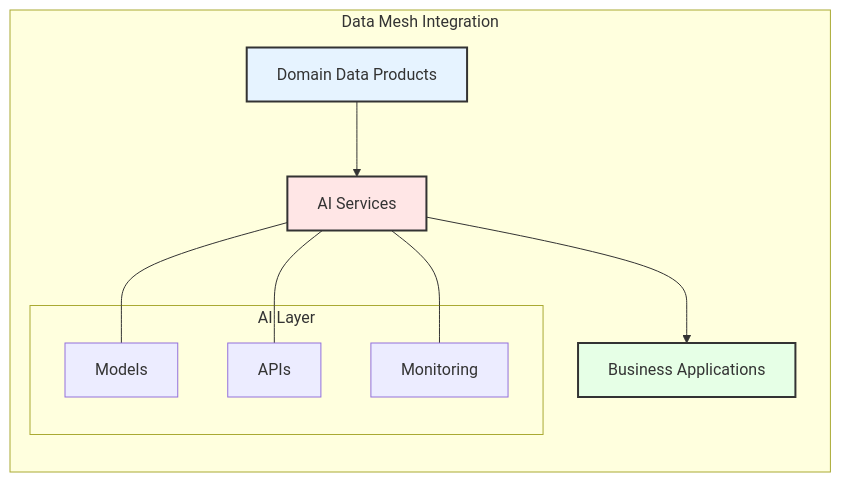
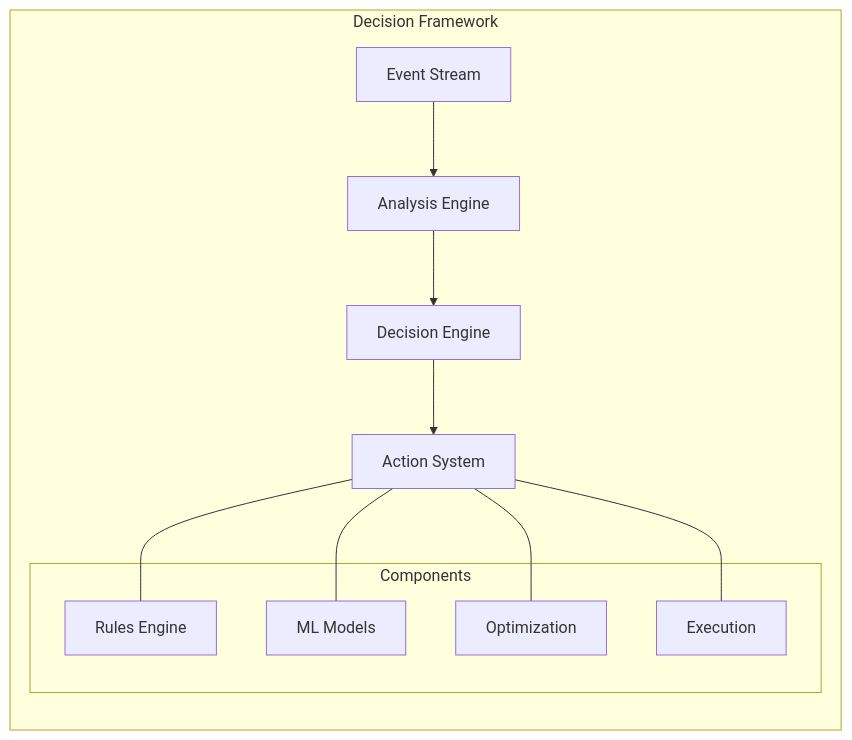
Before and after one commit to data-octo/agentic_ai_research: the fourth of 7 diagrams in enterprise_data_architecture/chapters/05_agentic_ai.md, drawn with Mermaid. The commit also changed other lines of this file and 11 other files, not shown here.

````diff
--- a/enterprise_data_architecture/chapters/05_agentic_ai.md
+++ b/enterprise_data_architecture/chapters/05_agentic_ai.md
@@ -135,21 +133,20 @@
 ```mermaid
 graph LR
-    subgraph "Data Mesh Integration"
-        A[Domain Data Products] --> B[AI Services]
-        B --> C[Business Applications]
+    subgraph "Decision Framework"
+        A[Event Stream] --> B[Analysis Engine]
+        B --> C[Decision Engine]
+        C --> D[Action System]
         
-        subgraph "AI Layer"
-            D[Models]
-            E[APIs]
-            F[Monitoring]
+        subgraph "Components"
+            E[Rules Engine]
+            F[ML Models]
+            G[Optimization]
+            H[Execution]
         end
         
-        B --- D
-        B --- E
-        B --- F
+        D --- E
+        D --- F
+        D --- G
+        D --- H
     end
-    
-    style A fill:#e6f3ff,stroke:#333,stroke-width:2px
-    style B fill:#ffe6e6,stroke:#333,stroke-width:2px
-    style C fill:#e6ffe6,stroke:#333,stroke-width:2px
 ```
````
